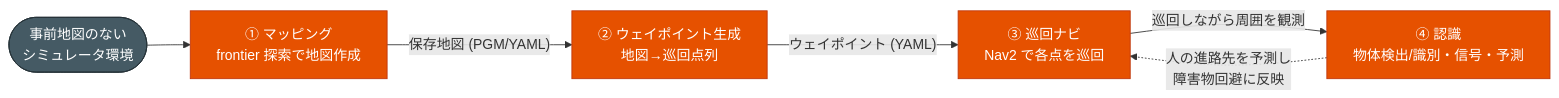
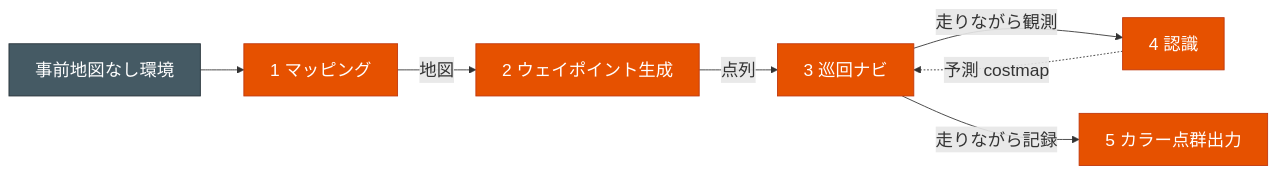
One commit to sato-susumu/susumu_object_perception changed the diagram in README.md. Above: the diagram before and after it, drawn with Mermaid. The commit also changed other lines of this file and 26 other files, not shown here.

````diff
--- a/README.md
+++ b/README.md
@@ -33,18 +29,20 @@
 ```mermaid
+%%{init: {"themeVariables": {"fontSize": "20px"}}}%%
 flowchart LR
-  ENV(["事前地図のない<br/>シミュレータ環境"]):::ext
-
-  MAP["① マッピング<br/>frontier 探索で地図作成"]:::task
-  WP["② ウェイポイント生成<br/>地図→巡回点列"]:::task
-  NAV["③ 巡回ナビ<br/>Nav2 で各点を巡回"]:::task
-  REC["④ 認識<br/>物体検出/識別・信号・予測"]:::task
+  ENV["事前地図なし環境"]:::ext
+  MAP["1 マッピング"]:::task
+  WP["2 ウェイポイント生成"]:::task
+  NAV["3 巡回ナビ"]:::task
+  REC["4 認識"]:::task
+  COL["5 カラー点群出力"]:::task
 
   ENV --> MAP
-  MAP -->|"保存地図 (PGM/YAML)"| WP
-  WP -->|"ウェイポイント (YAML)"| NAV
-  NAV -->|"巡回しながら周囲を観測"| REC
-  REC -.->|"人の進路先を予測し<br/>障害物回避に反映"| NAV
+  MAP -->|"地図"| WP
+  WP -->|"点列"| NAV
+  NAV -->|"走りながら観測"| REC
+  NAV -->|"走りながら記録"| COL
+  REC -.->|"予測 costmap"| NAV
 
   classDef task fill:#e65100,stroke:#bf360c,color:#fff;
   classDef ext fill:#455a64,stroke:#263238,color:#fff;
 ```
````
